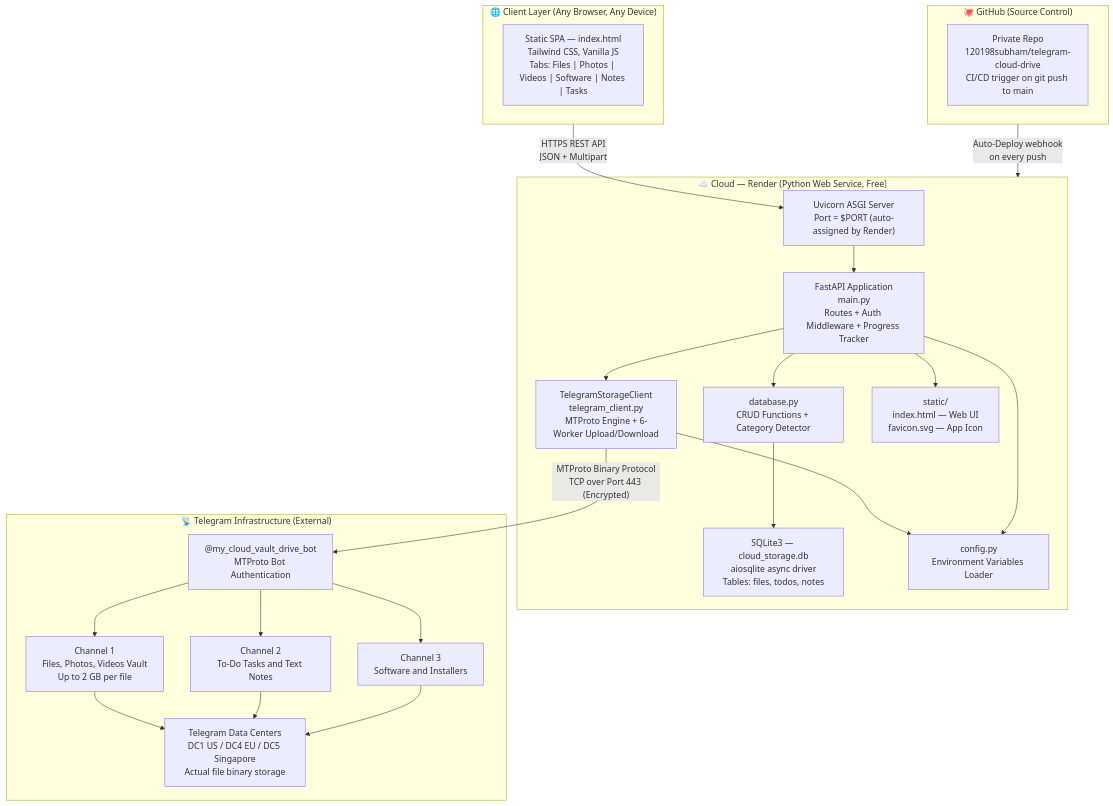
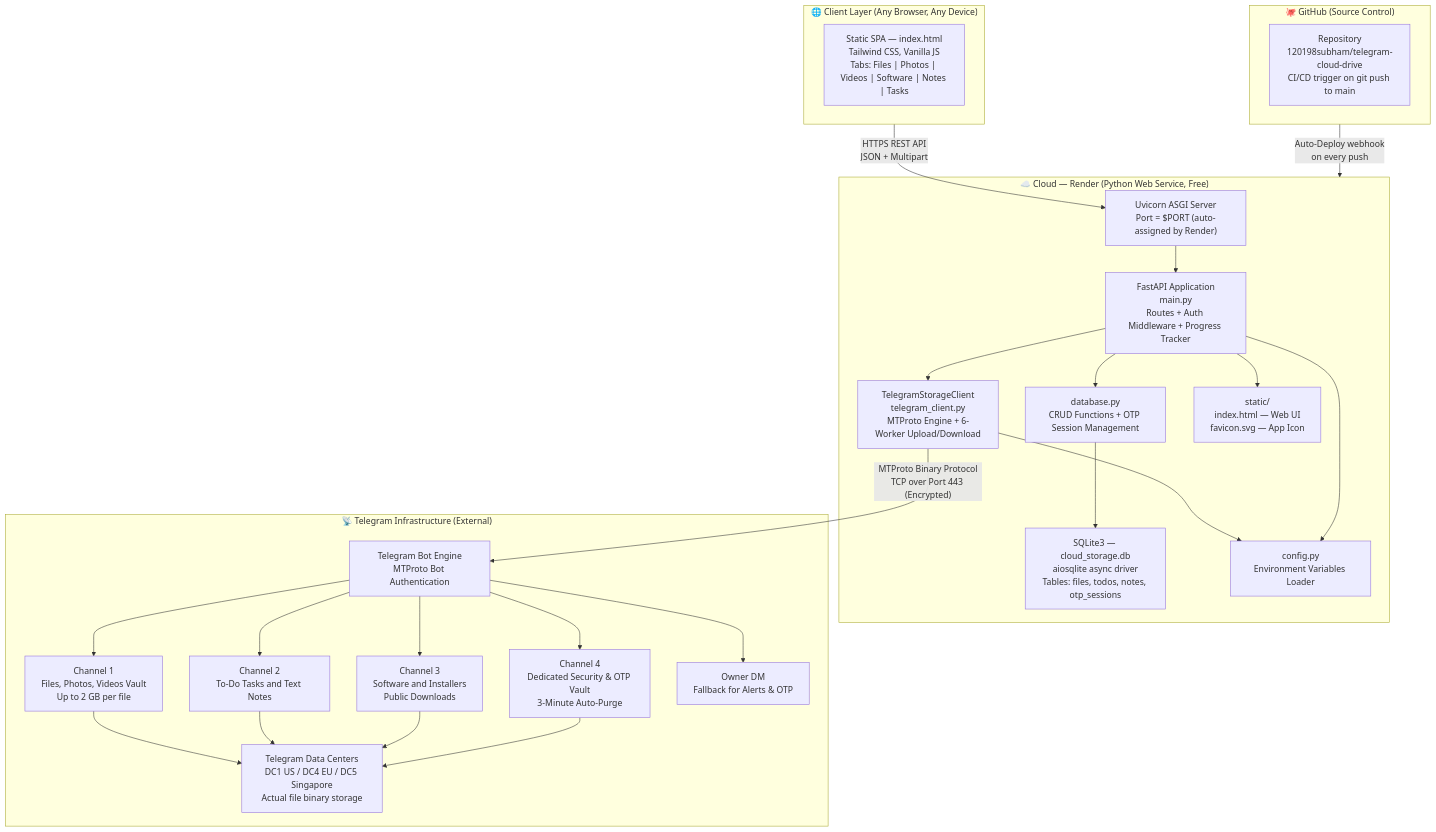
One commit to 120198subham/telegram-cloud-drive changed the first of 4 diagrams in architecture-scanner/2_architecture_diagram.md. Above: the diagram before and after it, drawn with Mermaid. The commit also changed other lines of this file and 14 other files, not shown here.

````diff
--- a/architecture-scanner/2_architecture_diagram.md
+++ b/architecture-scanner/2_architecture_diagram.md
@@ -7,45 +7,50 @@
 ```mermaid
 graph TB
     subgraph CLIENT["🌐 Client Layer (Any Browser, Any Device)"]
         UI["Static SPA — index.html\nTailwind CSS, Vanilla JS\nTabs: Files | Photos | Videos | Software | Notes | Tasks"]
     end
 
     subgraph RENDER["☁️ Cloud — Render (Python Web Service, Free)"]
         UVICORN["Uvicorn ASGI Server\nPort = $PORT (auto-assigned by Render)"]
         FASTAPI["FastAPI Application\nmain.py\nRoutes + Auth Middleware + Progress Tracker"]
         TG_CLIENT["TelegramStorageClient\ntelegram_client.py\nMTProto Engine + 6-Worker Upload/Download"]
-        DB["SQLite3 — cloud_storage.db\naiosqlite async driver\nTables: files, todos, notes"]
+        DB["SQLite3 — cloud_storage.db\naiosqlite async driver\nTables: files, todos, notes, otp_sessions"]
         CONFIG["config.py\nEnvironment Variables Loader"]
-        DATABASE["database.py\nCRUD Functions + Category Detector"]
+        DATABASE["database.py\nCRUD Functions + OTP Session Management"]
         STATIC["static/\nindex.html — Web UI\nfavicon.svg — App Icon"]
     end
 
     subgraph TELEGRAM["📡 Telegram Infrastructure (External)"]
         CH1["Channel 1\nFiles, Photos, Videos Vault\nUp to 2 GB per file"]
         CH2["Channel 2\nTo-Do Tasks and Text Notes"]
-        CH3["Channel 3\nSoftware and Installers"]
-        BOT["@my_cloud_vault_drive_bot\nMTProto Bot Authentication"]
+        CH3["Channel 3\nSoftware and Installers\nPublic Downloads"]
+        CH4["Channel 4\nDedicated Security & OTP Vault\n3-Minute Auto-Purge"]
+        OWNER["Owner DM\nFallback for Alerts & OTP"]
+        BOT["Telegram Bot Engine\nMTProto Bot Authentication"]
         DC["Telegram Data Centers\nDC1 US / DC4 EU / DC5 Singapore\nActual file binary storage"]
     end
 
     subgraph GITHUB["🐙 GitHub (Source Control)"]
-        REPO["Private Repo\n120198subham/telegram-cloud-drive\nCI/CD trigger on git push to main"]
+        REPO["Repository\n120198subham/telegram-cloud-drive\nCI/CD trigger on git push to main"]
     end
 
     CLIENT -->|"HTTPS REST API\nJSON + Multipart"| UVICORN
     UVICORN --> FASTAPI
     FASTAPI --> TG_CLIENT
     FASTAPI --> DATABASE
     DATABASE --> DB
     TG_CLIENT --> CONFIG
     FASTAPI --> CONFIG
     FASTAPI --> STATIC
     TG_CLIENT -->|"MTProto Binary Protocol\nTCP over Port 443 (Encrypted)"| BOT
     BOT --> CH1
     BOT --> CH2
     BOT --> CH3
+    BOT --> CH4
+    BOT --> OWNER
     CH1 --> DC
     CH2 --> DC
     CH3 --> DC
+    CH4 --> DC
     GITHUB -->|"Auto-Deploy webhook\non every push"| RENDER
 ```
````
